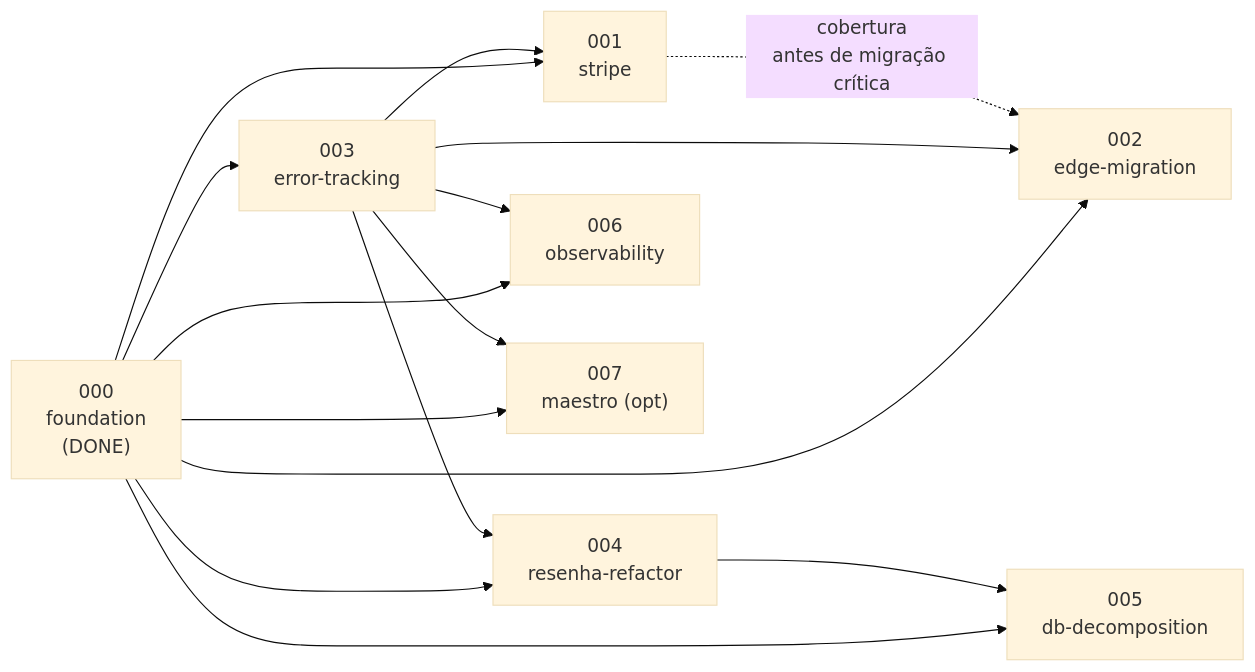
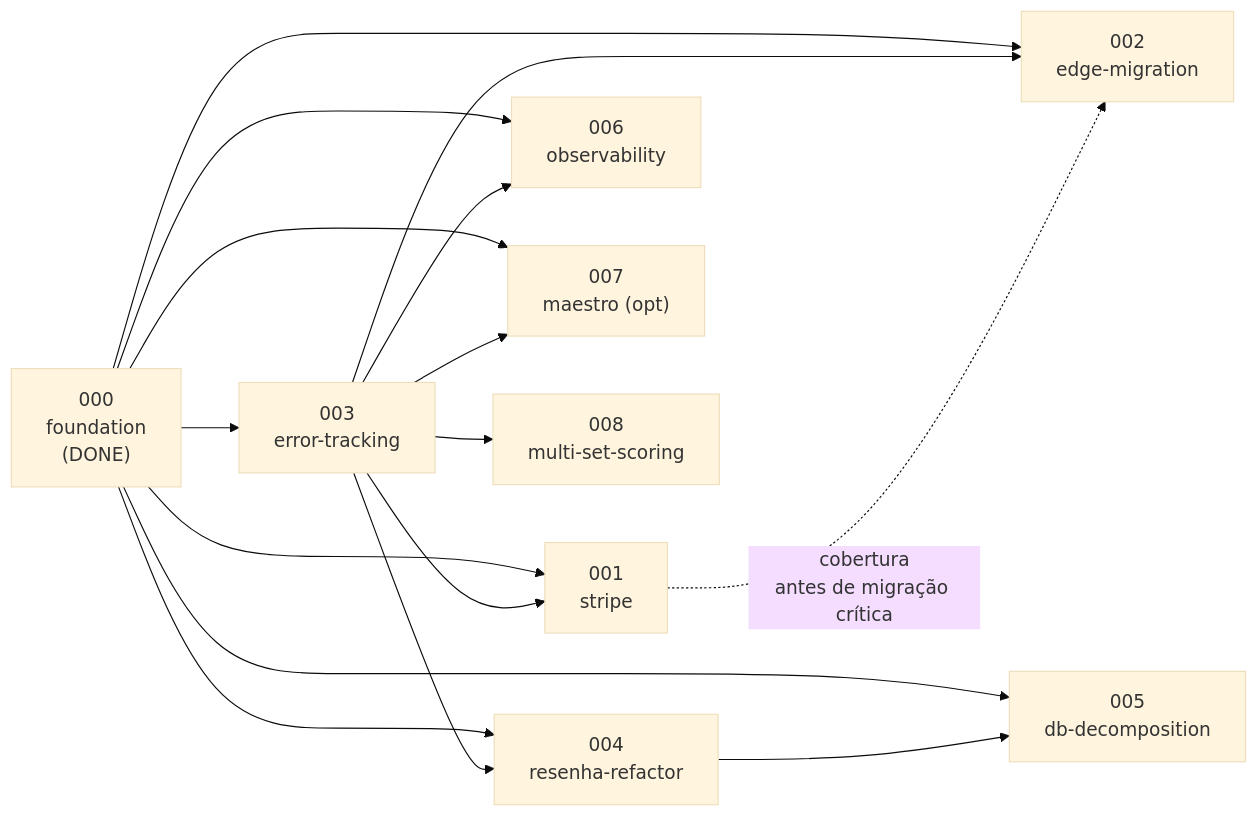
The second of 2 diagrams in platforms/resenhai/planning/roadmap.md (paceautomations/madruga.ai), drawn with Mermaid (base theme) before and after one commit. The commit also changed other lines of this file and 8 other files, not shown here.

````diff
--- a/platforms/resenhai/planning/roadmap.md
+++ b/platforms/resenhai/planning/roadmap.md
@@ -76,12 +100,13 @@
 ```mermaid
 graph LR
   E000["000<br/>foundation<br/>(DONE)"] --> E003
   E000 --> E001 & E002 & E004 & E005 & E006 & E007
   E003["003<br/>error-tracking"] --> E001["001<br/>stripe"]
   E003 --> E002["002<br/>edge-migration"]
   E003 --> E004["004<br/>resenha-refactor"]
   E003 --> E006["006<br/>observability"]
   E003 --> E007["007<br/>maestro (opt)"]
+  E003 --> E008["008<br/>multi-set-scoring"]
   E004 --> E005["005<br/>db-decomposition"]
   E001 -.->|"cobertura<br/>antes de migração crítica"| E002
 ```
````
